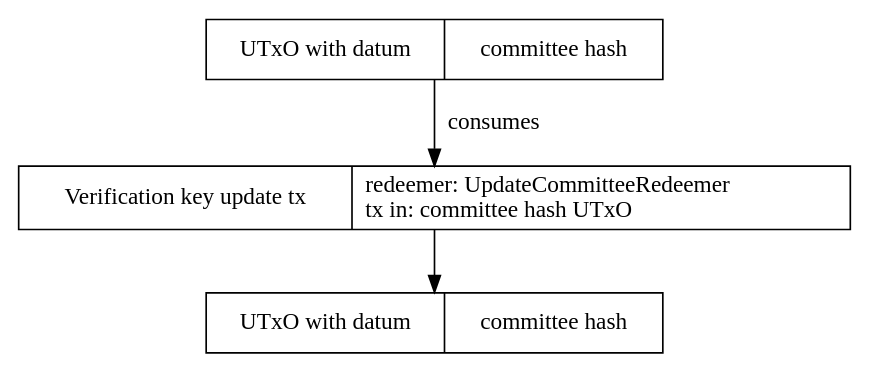
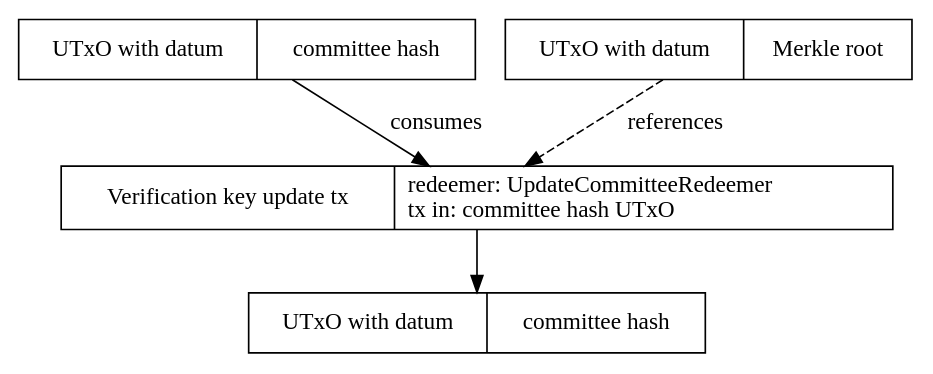
The diagram in docs/pubkeyupdate.dot (input-output-hk/partner-chains-smart-contracts), drawn with Graphviz before and after one commit. The commit also changed 4 other files, not shown here.

Commit message:
spec update: add Merkle-root chaining

```diff
--- a/docs/pubkeyupdate.dot
+++ b/docs/pubkeyupdate.dot
@@ -1,33 +1,38 @@
 strict digraph { 
   node [shape=record]
 
 //  pubKey [
 //    label = "UTxO with datum | ATMS verification key"
 //    ]
 
   pubKey [
     label = "UTxO with datum | committee hash"
+    ]
+
+  merkleRoot [
+    label = "UTxO with datum | Merkle root"
     ]
 
 //  newPubKey [
 //    label = "UTxO with datum | ATMS verification key"
 //    ]
 
   newPubKey [
     label = "UTxO with datum | committee hash"
     ]
 
   tx [label = "Verification key update tx |
         redeemer: UpdateCommitteeRedeemer\l
         tx in: committee hash UTxO\l
       "]
 
 //  tx [label = "Verification key update tx |
 //        redeemer: signature\l
 //        tx in: ATMS vkey UTxO\l
 //      "]
 //
 
+  merkleRoot -> tx [style = dashed, label = "references"] 
   pubKey -> tx [label = "consumes"]
   tx -> newPubKey
 }
```
